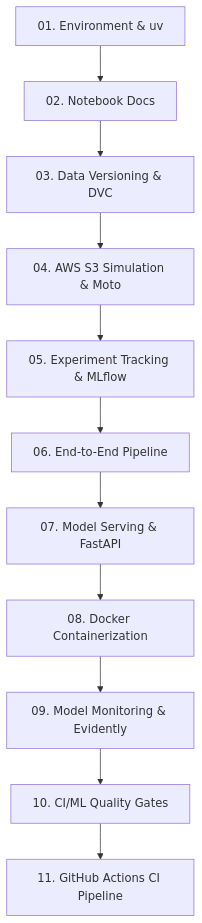
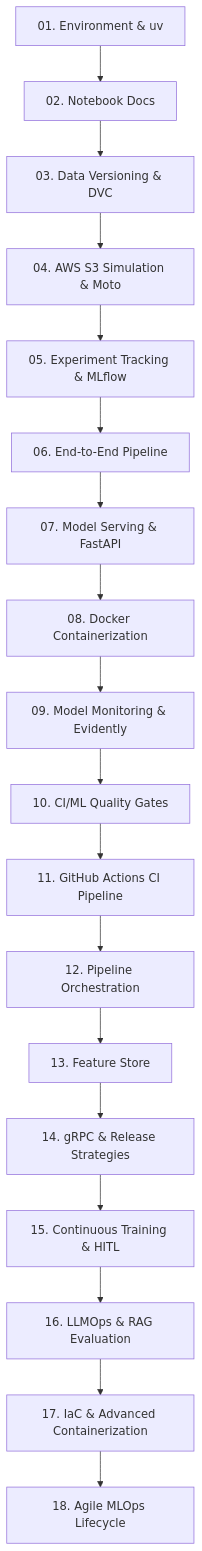
Before and after one commit to sadatian/MLOps: the diagram in docs/index.md, drawn with Mermaid. The commit also changed other lines of this file and 5 other files, not shown here.

Commit message:
feat: implement pipeline orchestration module and update project documentation with advanced MLOps roadmap

````diff
--- a/docs/index.md
+++ b/docs/index.md
@@ -13,13 +13,20 @@
 ```mermaid
 graph TD
     M1[01. Environment & uv] --> M2[02. Notebook Docs]
     M2 --> M3[03. Data Versioning & DVC]
     M3 --> M4[04. AWS S3 Simulation & Moto]
     M4 --> M5[05. Experiment Tracking & MLflow]
     M5 --> M6[06. End-to-End Pipeline]
     M6 --> M7[07. Model Serving & FastAPI]
     M7 --> M8[08. Docker Containerization]
     M8 --> M9[09. Model Monitoring & Evidently]
     M9 --> M10[10. CI/ML Quality Gates]
     M10 --> M11[11. GitHub Actions CI Pipeline]
+    M11 --> M12[12. Pipeline Orchestration]
+    M12 --> M13[13. Feature Store]
+    M13 --> M14[14. gRPC & Release Strategies]
+    M14 --> M15[15. Continuous Training & HITL]
+    M15 --> M16[16. LLMOps & RAG Evaluation]
+    M16 --> M17[17. IaC & Advanced Containerization]
+    M17 --> M18[18. Agile MLOps Lifecycle]
 ```
````
